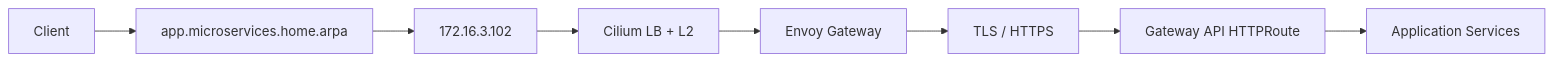
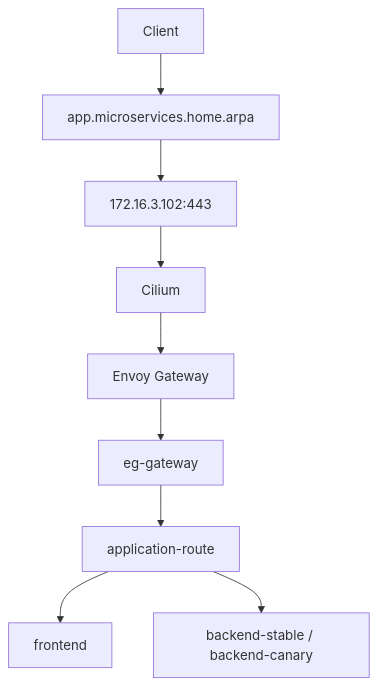
One commit to ahmed-sayed-devops/microservices-platform-gitops changed diagram 18 of 18 in docs/03-gateway-api/README.md. Above: the diagram before and after it, drawn with Mermaid. The commit also changed other lines of this file, not shown here.

Commit message:
docs: update Gateway API documentation with TLS

````diff
--- a/docs/03-gateway-api/README.md
+++ b/docs/03-gateway-api/README.md
@@ -1192,19 +916,21 @@
 ```mermaid
-graph LR
-    Client[Client]
-    DNS[app.microservices.home.arpa]
-    VIP[172.16.3.102]
-    Cilium[Cilium LB + L2]
-    Envoy[Envoy Gateway]
-    TLS[TLS / HTTPS]
-    Route[Gateway API HTTPRoute]
-    App[Application Services]
+graph TD
+    CLIENT["Client"]
+    DOMAIN["app.microservices.home.arpa"]
+    VIP["172.16.3.102:443"]
+    CILIUM["Cilium"]
+    ENVOY["Envoy Gateway"]
+    GATEWAY["eg-gateway"]
+    ROUTE["application-route"]
+    FRONTEND["frontend"]
+    BACKEND["backend-stable / backend-canary"]
 
-    Client --> DNS
-    DNS --> VIP
-    VIP --> Cilium
-    Cilium --> Envoy
-    Envoy --> TLS
-    TLS --> Route
-    Route --> App
+    CLIENT --> DOMAIN
+    DOMAIN --> VIP
+    VIP --> CILIUM
+    CILIUM --> ENVOY
+    ENVOY --> GATEWAY
+    GATEWAY --> ROUTE
+    ROUTE --> FRONTEND
+    ROUTE --> BACKEND
 ```
````
